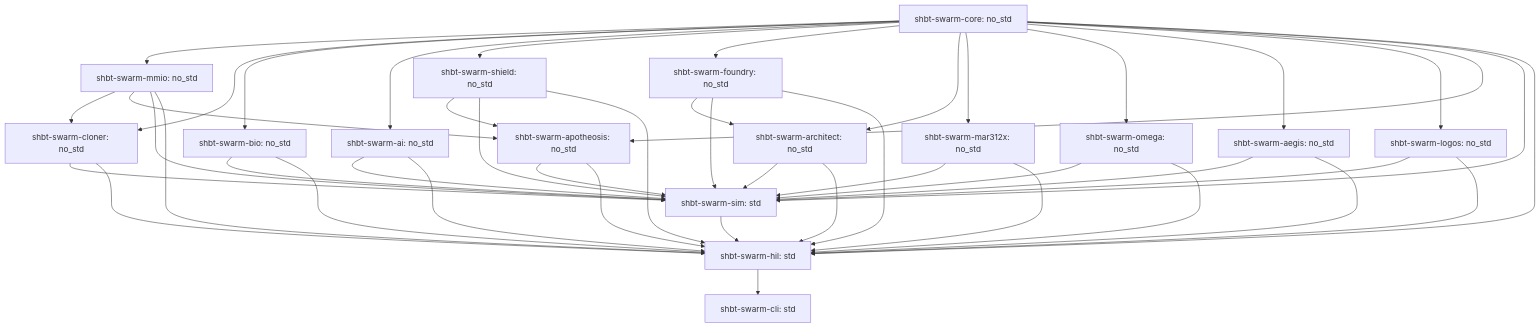
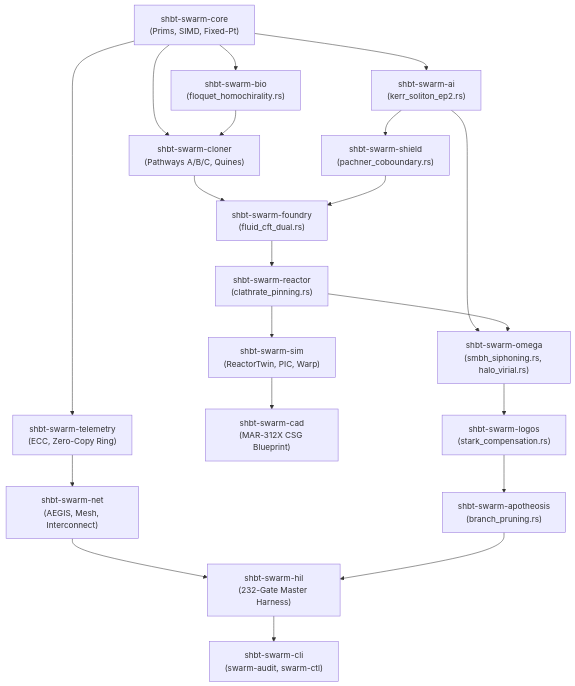
The diagram in ARCHITECTURE.md (sys1own/shbt-swarm), drawn with Mermaid before and after one commit. The commit also changed other lines of this file and 4 other files, not shown here.

Commit message:
docs: finalize v6.314 specification, synchronize ABI v7 across swarm.pdf, README, and ARCHITECTURE.md (232/232 PASS, 65/65 UNSAT)

````diff
--- a/ARCHITECTURE.md
+++ b/ARCHITECTURE.md
@@ -104,47 +98,39 @@
 ```mermaid
 graph TD
-    core[shbt-swarm-core: no_std] --> mmio[shbt-swarm-mmio: no_std]
-    core --> cloner[shbt-swarm-cloner: no_std]
-    mmio --> cloner
-    core --> bio[shbt-swarm-bio: no_std]
-    core --> ai[shbt-swarm-ai: no_std]
-    core --> shield[shbt-swarm-shield: no_std]
-    core --> foundry[shbt-swarm-foundry: no_std]
-    core --> architect[shbt-swarm-architect: no_std]
-    foundry --> architect
-    core --> mar312x[shbt-swarm-mar312x: no_std]
-    core --> omega[shbt-swarm-omega: no_std]
-    core --> aegis[shbt-swarm-aegis: no_std]
-    core --> logos[shbt-swarm-logos: no_std]
-    core --> apoth[shbt-swarm-apotheosis: no_std]
-    mmio --> apoth
-    shield --> apoth
-    omega --> sim[shbt-swarm-sim: std]
-    aegis --> sim
-    logos --> sim
-    apoth --> sim
-    core --> sim
-    mmio --> sim
-    cloner --> sim
-    bio --> sim
-    ai --> sim
-    shield --> sim
-    foundry --> sim
-    architect --> sim
-    mar312x --> sim
-    core --> hil[shbt-swarm-hil: std]
-    mmio --> hil
-    cloner --> hil
-    bio --> hil
-    ai --> hil
-    shield --> hil
-    foundry --> hil
-    architect --> hil
-    mar312x --> hil
-    omega --> hil
-    aegis --> hil
-    logos --> hil
-    apoth --> hil
-    sim --> hil
-    hil --> cli[shbt-swarm-cli: std]
+    CORE["shbt-swarm-core<br/>(Prims, SIMD, Fixed-Pt)"]
+    BIO["shbt-swarm-bio<br/>(floquet_homochirality.rs)"]
+    CLONER["shbt-swarm-cloner<br/>(Pathways A/B/C, Quines)"]
+    AI["shbt-swarm-ai<br/>(kerr_soliton_ep2.rs)"]
+    SHIELD["shbt-swarm-shield<br/>(pachner_coboundary.rs)"]
+    FOUNDRY["shbt-swarm-foundry<br/>(fluid_cft_dual.rs)"]
+    REACTOR["shbt-swarm-reactor<br/>(clathrate_pinning.rs)"]
+    OMEGA["shbt-swarm-omega<br/>(smbh_siphoning.rs, halo_virial.rs)"]
+    LOGOS["shbt-swarm-logos<br/>(stark_compensation.rs)"]
+    APOTH["shbt-swarm-apotheosis<br/>(branch_pruning.rs)"]
+    SIM["shbt-swarm-sim<br/>(ReactorTwin, PIC, Warp)"]
+    CAD["shbt-swarm-cad<br/>(MAR-312X CSG Blueprint)"]
+    TELEMETRY["shbt-swarm-telemetry<br/>(ECC, Zero-Copy Ring)"]
+    NET["shbt-swarm-net<br/>(AEGIS, Mesh, Interconnect)"]
+    HIL["shbt-swarm-hil<br/>(232-Gate Master Harness)"]
+    CLI["shbt-swarm-cli<br/>(swarm-audit, swarm-ctl)"]
+
+    CORE --> BIO
+    CORE --> CLONER
+    CORE --> AI
+    CORE --> TELEMETRY
+    BIO --> CLONER
+    CLONER --> FOUNDRY
+    AI --> SHIELD
+    AI --> OMEGA
+    SHIELD --> FOUNDRY
+    FOUNDRY --> REACTOR
+    REACTOR --> OMEGA
+    OMEGA --> LOGOS
+    LOGOS --> APOTH
+    REACTOR --> SIM
+    SIM --> CAD
+    TELEMETRY --> NET
+    NET --> HIL
+    APOTH --> HIL
+    HIL --> CLI
 ```
````
